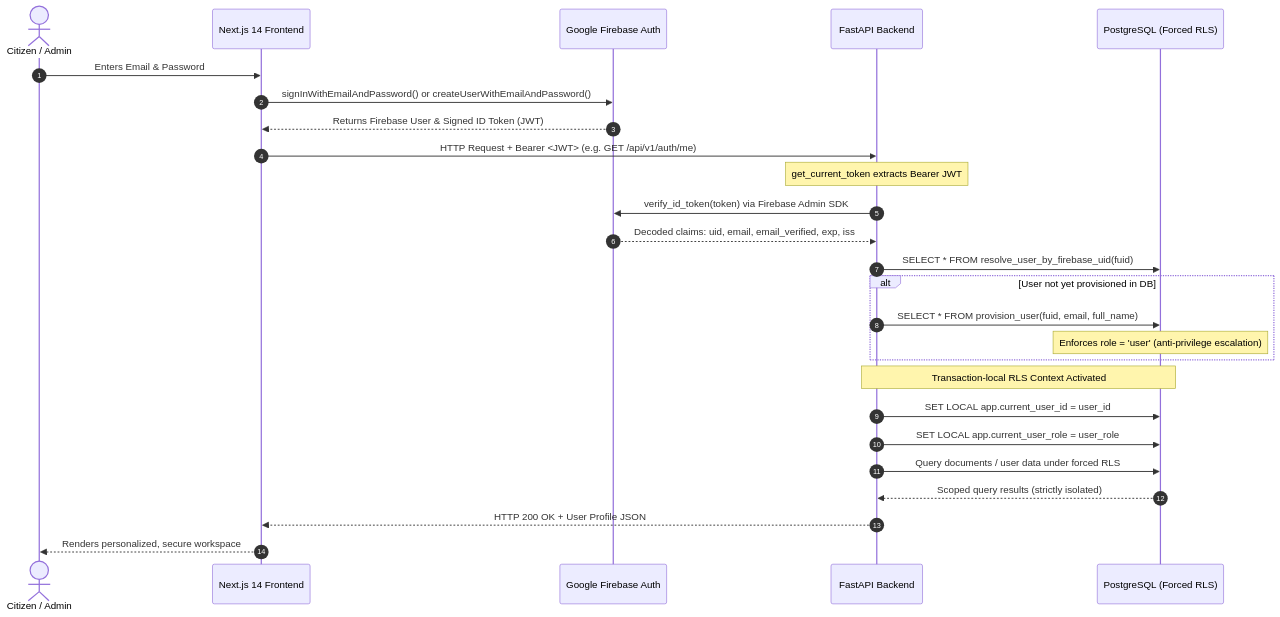
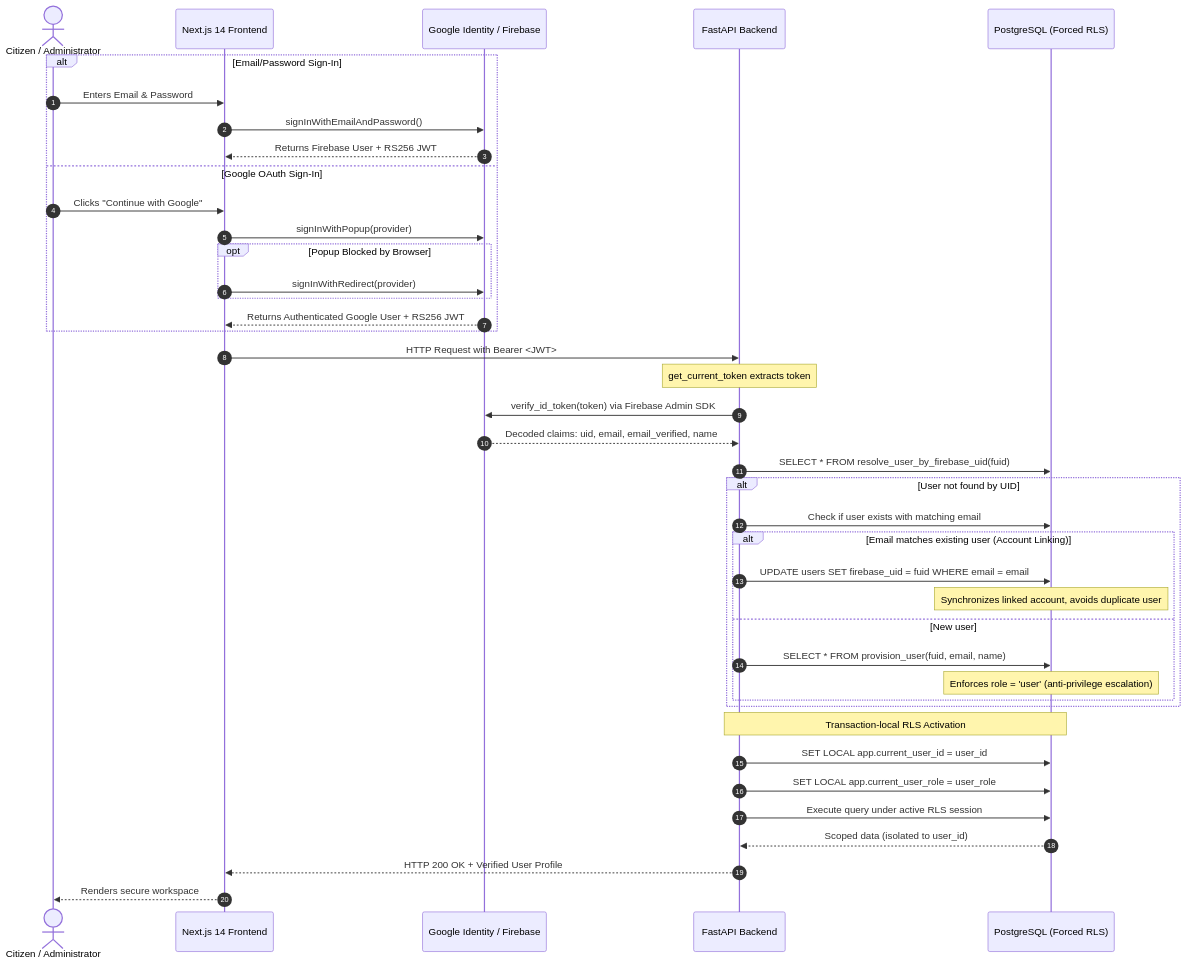
The diagram in FIREBASE_AUTH_ARCHITECTURE.md (Ajay-4772/convelina), drawn with Mermaid before and after one commit. The commit also changed other lines of this file and 9 other files, not shown here.

Commit message:
feat(auth): integrate Firebase email and Google authentication

````diff
--- a/FIREBASE_AUTH_ARCHITECTURE.md
+++ b/FIREBASE_AUTH_ARCHITECTURE.md
@@ -11,33 +9,48 @@
 ```mermaid
 sequenceDiagram
     autonumber
-    actor User as Citizen / Admin
+    actor User as Citizen / Administrator
     participant Client as Next.js 14 Frontend
-    participant Firebase as Google Firebase Auth
+    participant Google as Google Identity / Firebase
     participant API as FastAPI Backend
     participant DB as PostgreSQL (Forced RLS)
 
-    User->>Client: Enters Email & Password
-    Client->>Firebase: signInWithEmailAndPassword() or createUserWithEmailAndPassword()
-    Firebase-->>Client: Returns Firebase User & Signed ID Token (JWT)
-    
-    Client->>API: HTTP Request + Bearer <JWT> (e.g. GET /api/v1/auth/me)
-    Note over API: get_current_token extracts Bearer JWT
-    API->>Firebase: verify_id_token(token) via Firebase Admin SDK
-    Firebase-->>API: Decoded claims: uid, email, email_verified, exp, iss
-    
+    alt Email/Password Sign-In
+        User->>Client: Enters Email & Password
+        Client->>Google: signInWithEmailAndPassword()
+        Google-->>Client: Returns Firebase User + RS256 JWT
+    else Google OAuth Sign-In
+        User->>Client: Clicks "Continue with Google"
+        Client->>Google: signInWithPopup(provider)
+        opt Popup Blocked by Browser
+            Client->>Google: signInWithRedirect(provider)
+        end
+        Google-->>Client: Returns Authenticated Google User + RS256 JWT
+    end
+
+    Client->>API: HTTP Request with Bearer <JWT>
+    Note over API: get_current_token extracts token
+    API->>Google: verify_id_token(token) via Firebase Admin SDK
+    Google-->>API: Decoded claims: uid, email, email_verified, name
+
     API->>DB: SELECT * FROM resolve_user_by_firebase_uid(fuid)
-    alt User not yet provisioned in DB
-        API->>DB: SELECT * FROM provision_user(fuid, email, full_name)
-        Note over DB: Enforces role = 'user' (anti-privilege escalation)
+    alt User not found by UID
+        API->>DB: Check if user exists with matching email
+        alt Email matches existing user (Account Linking)
+            API->>DB: UPDATE users SET firebase_uid = fuid WHERE email = email
+            Note over DB: Synchronizes linked account, avoids duplicate user
+        else New user
+            API->>DB: SELECT * FROM provision_user(fuid, email, name)
+            Note over DB: Enforces role = 'user' (anti-privilege escalation)
+        end
     end
-    
-    Note over API,DB: Transaction-local RLS Context Activated
+
+    Note over API,DB: Transaction-local RLS Activation
     API->>DB: SET LOCAL app.current_user_id = user_id;
     API->>DB: SET LOCAL app.current_user_role = user_role;
-    
-    API->>DB: Query documents / user data under forced RLS
-    DB-->>API: Scoped query results (strictly isolated)
-    API-->>Client: HTTP 200 OK + User Profile JSON
-    Client-->>User: Renders personalized, secure workspace
+
+    API->>DB: Execute query under active RLS session
+    DB-->>API: Scoped data (isolated to user_id)
+    API-->>Client: HTTP 200 OK + Verified User Profile
+    Client-->>User: Renders secure workspace
 ```
````
